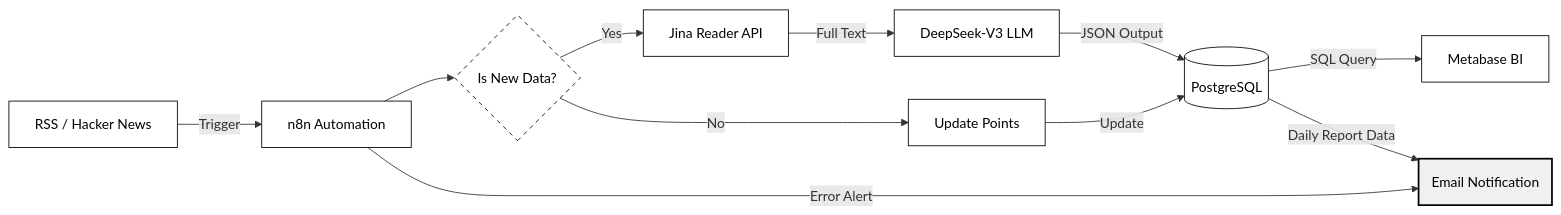
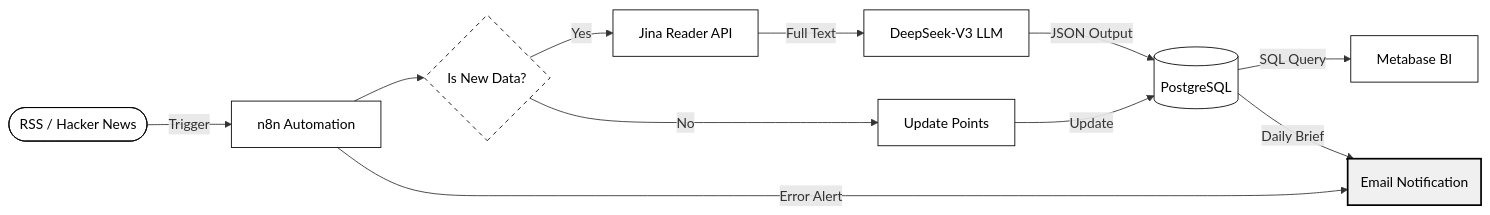
The diagram in README.md (Trainingdlu/TechNews_Intelligence), drawn with Mermaid before and after one commit.

````diff
--- a/README.md
+++ b/README.md
@@ -15,36 +15,36 @@
 ```mermaid
 flowchart LR
     classDef node fill:#ffffff,stroke:#000000,stroke-width:1px,color:#000000,rx:0,ry:0;
     classDef logic fill:#ffffff,stroke:#000000,stroke-width:1px,stroke-dasharray: 5 5,color:#000000;
     classDef db fill:#ffffff,stroke:#000000,stroke-width:1px,shape:cylinder,color:#000000;
     classDef notify fill:#f0f0f0,stroke:#000000,stroke-width:2px,color:#000000;
     
-    A[RSS / Hacker News]
+    A([RSS / Hacker News])
     B[n8n Automation]
     C{Is New Data?}
     D[Jina Reader API]
     E[DeepSeek-V3 LLM]
     F[Update Points]
     G[(PostgreSQL)]
     H[Metabase BI]
     I(Email Notification)
 
     A -->|Trigger| B
     B --> C
     
     C -- Yes --> D
     D -->|Full Text| E
     E -->|JSON Output| G
     
     C -- No --> F
     F -->|Update| G
     
     G -->|SQL Query| H
-    G -->|Daily Report Data| I  
+    G -->|Daily Brief| I  
     B -->|Error Alert| I
 
     class A,B,D,E,F,H node;
     class C logic;
     class G db;
     class I notify;
 ```
````
